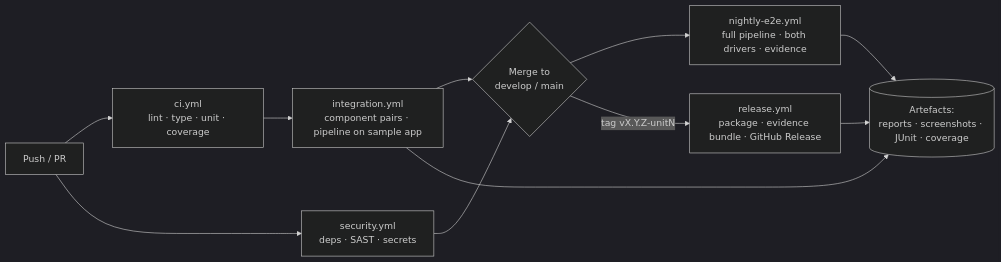
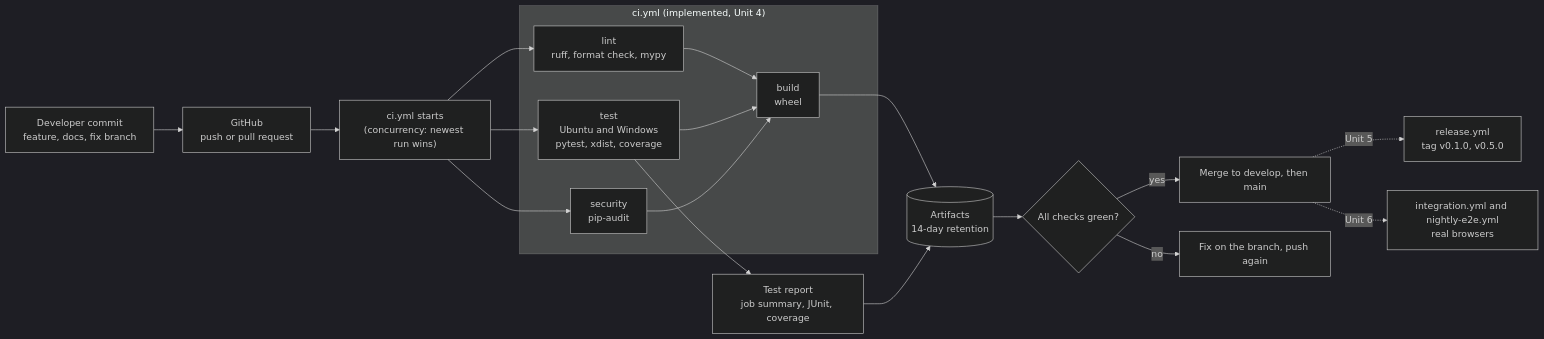
Before and after one commit to Deelip17/UoP_Capston_Project_dilip: the first of 2 diagrams in docs/architecture/08_CICD_DESIGN.md, drawn with Mermaid (dark theme). The commit also changed other lines of this file and 9 other files, not shown here.

````diff
--- a/docs/architecture/08_CICD_DESIGN.md
+++ b/docs/architecture/08_CICD_DESIGN.md
@@ -13,13 +16,25 @@
 ```mermaid
 flowchart LR
-  A["Push / PR"] --> B["ci.yml<br/>lint · type · unit · coverage"]
-  B --> C["integration.yml<br/>component pairs · pipeline on sample app"]
-  A --> S["security.yml<br/>deps · SAST · secrets"]
-  C --> M{"Merge to<br/>develop / main"}
-  S --> M
-  M --> N["nightly-e2e.yml<br/>full pipeline · both drivers · evidence"]
-  M -->|"tag vX.Y.Z-unitN"| R["release.yml<br/>package · evidence bundle · GitHub Release"]
-  N --> ART[("Artefacts:<br/>reports · screenshots · JUnit · coverage")]
-  C --> ART
-  R --> ART
+  DEV["Developer commit<br/>feature, docs, fix branch"] --> GH["GitHub<br/>push or pull request"]
+  GH --> CI["ci.yml starts<br/>(concurrency: newest run wins)"]
+  subgraph CI_JOBS["ci.yml (implemented, Unit 4)"]
+    L["lint<br/>ruff, format check, mypy"]
+    T["test<br/>Ubuntu and Windows<br/>pytest, xdist, coverage"]
+    S["security<br/>pip-audit"]
+    B["build<br/>wheel"]
+  end
+  CI --> L
+  CI --> T
+  CI --> S
+  L --> B
+  T --> B
+  S --> B
+  T --> R["Test report<br/>job summary, JUnit, coverage"]
+  B --> A[("Artifacts<br/>14-day retention")]
+  R --> A
+  A --> M{"All checks green?"}
+  M -- yes --> MERGE["Merge to develop, then main"]
+  M -- no --> FIX["Fix on the branch, push again"]
+  MERGE -. "Unit 5" .-> REL["release.yml<br/>tag v0.1.0, v0.5.0"]
+  MERGE -. "Unit 6" .-> INT["integration.yml and nightly-e2e.yml<br/>real browsers"]
 ```
````
